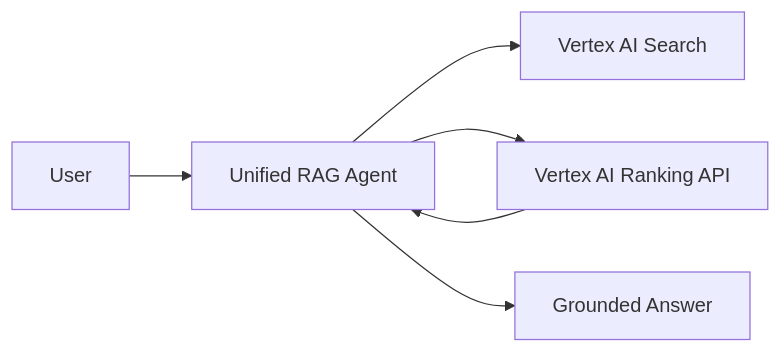
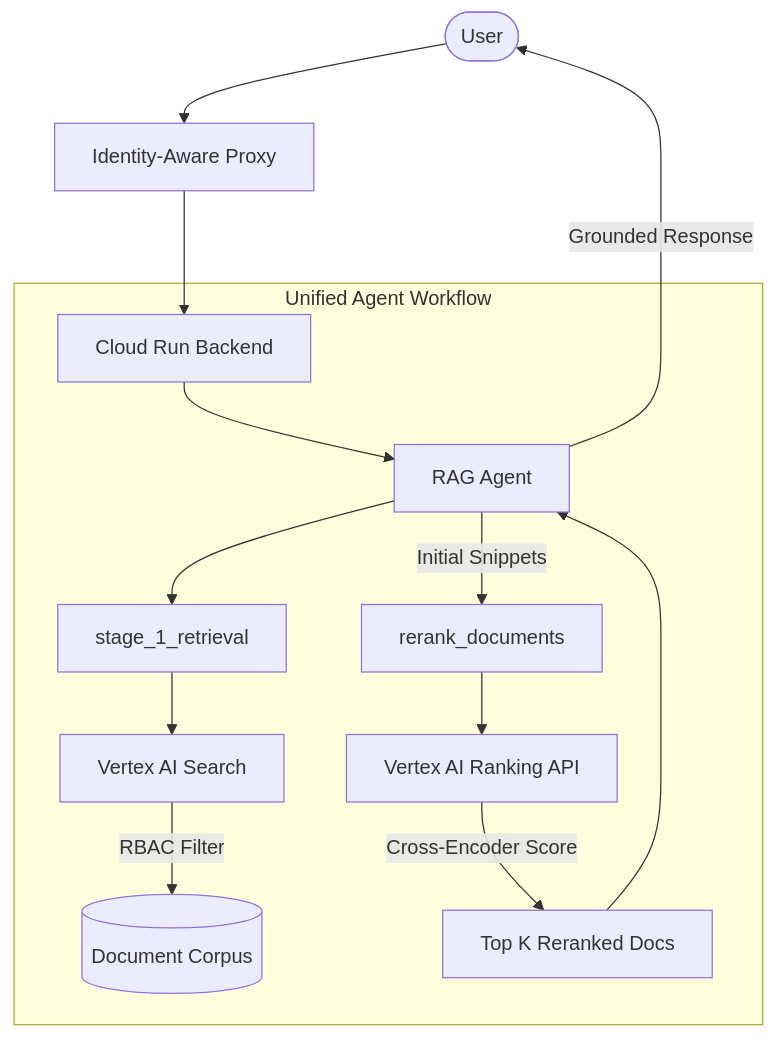
One commit to rezkabiri/jit-two-stage-retrieval changed the first of 4 diagrams in README.md. Above: the diagram before and after it, drawn with Mermaid. The commit also changed other lines of this file, not shown here.

Commit message:
docs: rewrite README with detailed architecture and pipeline diagrams

````diff
--- a/README.md
+++ b/README.md
@@ -7,8 +11,19 @@
 ```mermaid
-graph LR
-    User --> Agent[Unified RAG Agent]
-    Agent --> Search[Vertex AI Search]
-    Agent --> Rank[Vertex AI Ranking API]
-    Rank --> Agent
-    Agent --> Response[Grounded Answer]
+graph TD
+    User([User]) --> IAP[Identity-Aware Proxy]
+    IAP --> Backend[Cloud Run Backend]
+    
+    subgraph "Unified Agent Workflow"
+    Backend --> RagAgent[RAG Agent]
+    RagAgent --> Stage1Tool[stage_1_retrieval]
+    Stage1Tool --> VAIS[Vertex AI Search]
+    VAIS -- "RBAC Filter" --> Docs[(Document Corpus)]
+    
+    RagAgent -- "Initial Snippets" --> Stage2Tool[rerank_documents]
+    Stage2Tool --> VAR[Vertex AI Ranking API]
+    VAR -- "Cross-Encoder Score" --> Reranked[Top K Reranked Docs]
+    end
+    
+    Reranked --> RagAgent
+    RagAgent -- "Grounded Response" --> User
 ```
````
